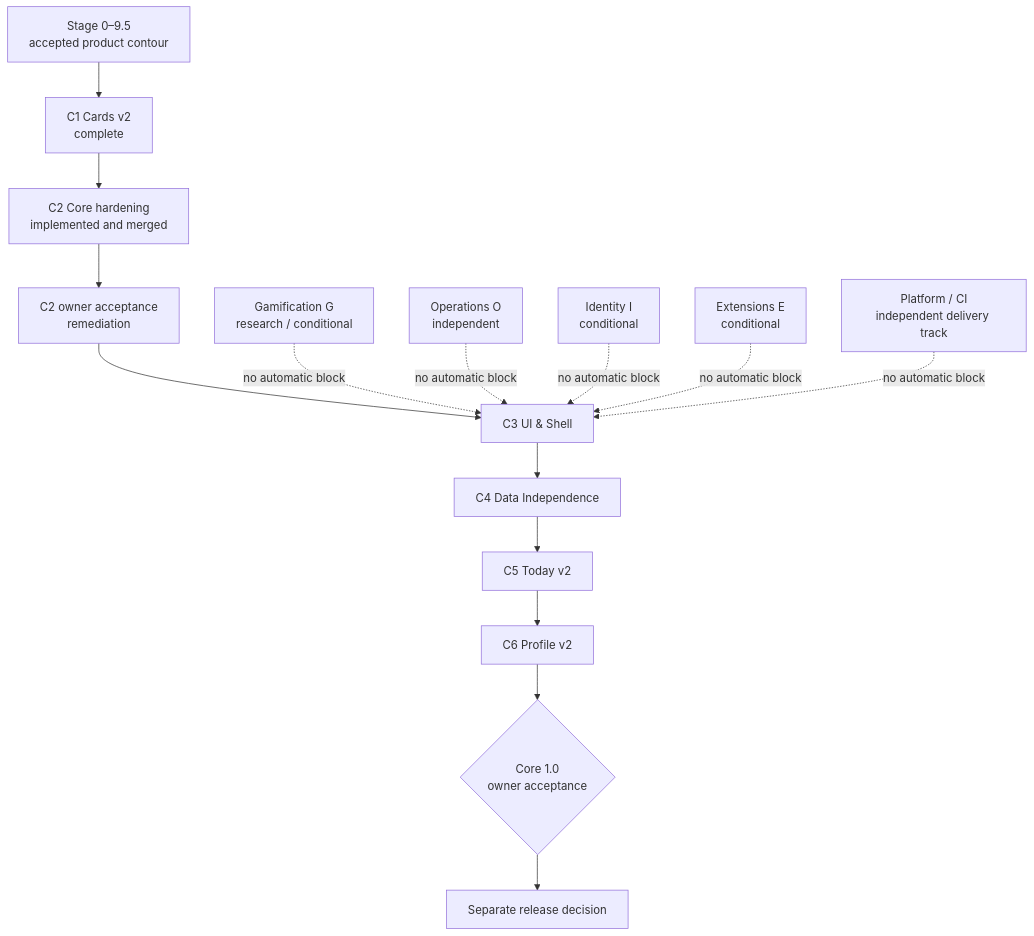
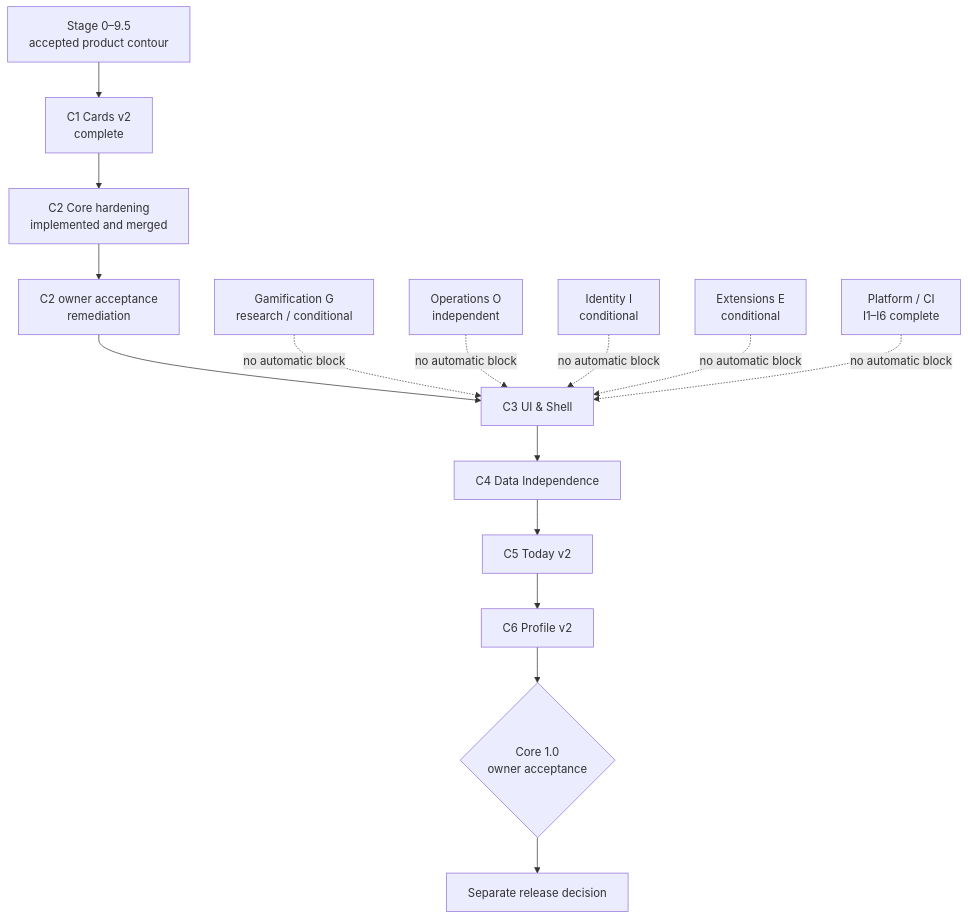
Before and after one commit to AliceLiddell01/anki-study-report: the diagram in roadmap/README.md, drawn with Mermaid. The commit also changed other lines of this file, not shown here.

Commit message:
Close the Platform E2E observability roadmap

````diff
--- a/roadmap/README.md
+++ b/roadmap/README.md
@@ -9,24 +9,24 @@
 ```mermaid
 flowchart TB
     S[Stage 0–9.5<br/>accepted product contour] --> C1[C1 Cards v2<br/>complete]
     C1 --> C2[C2 Core hardening<br/>implemented and merged]
     C2 --> A[C2 owner acceptance<br/>remediation]
     A --> C3[C3 UI & Shell]
     C3 --> C4[C4 Data Independence]
     C4 --> C5[C5 Today v2]
     C5 --> C6[C6 Profile v2]
     C6 --> R{Core 1.0<br/>owner acceptance}
     R --> REL[Separate release decision]
 
     G[Gamification G<br/>research / conditional]
     O[Operations O<br/>independent]
     I[Identity I<br/>conditional]
     E[Extensions E<br/>conditional]
-    P[Platform / CI<br/>independent delivery track]
+    P[Platform / CI<br/>I1–I6 complete]
 
     G -. no automatic block .-> C3
     O -. no automatic block .-> C3
     I -. no automatic block .-> C3
     E -. no automatic block .-> C3
     P -. no automatic block .-> C3
 ```
````
